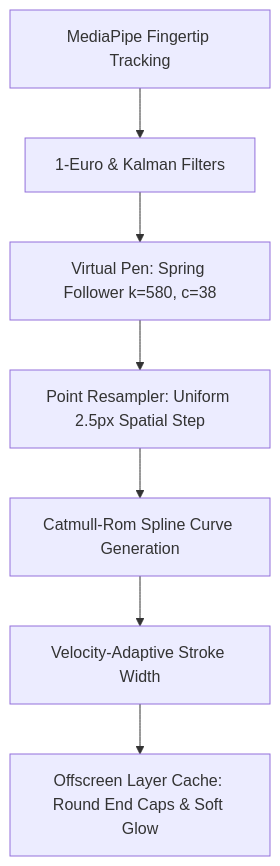
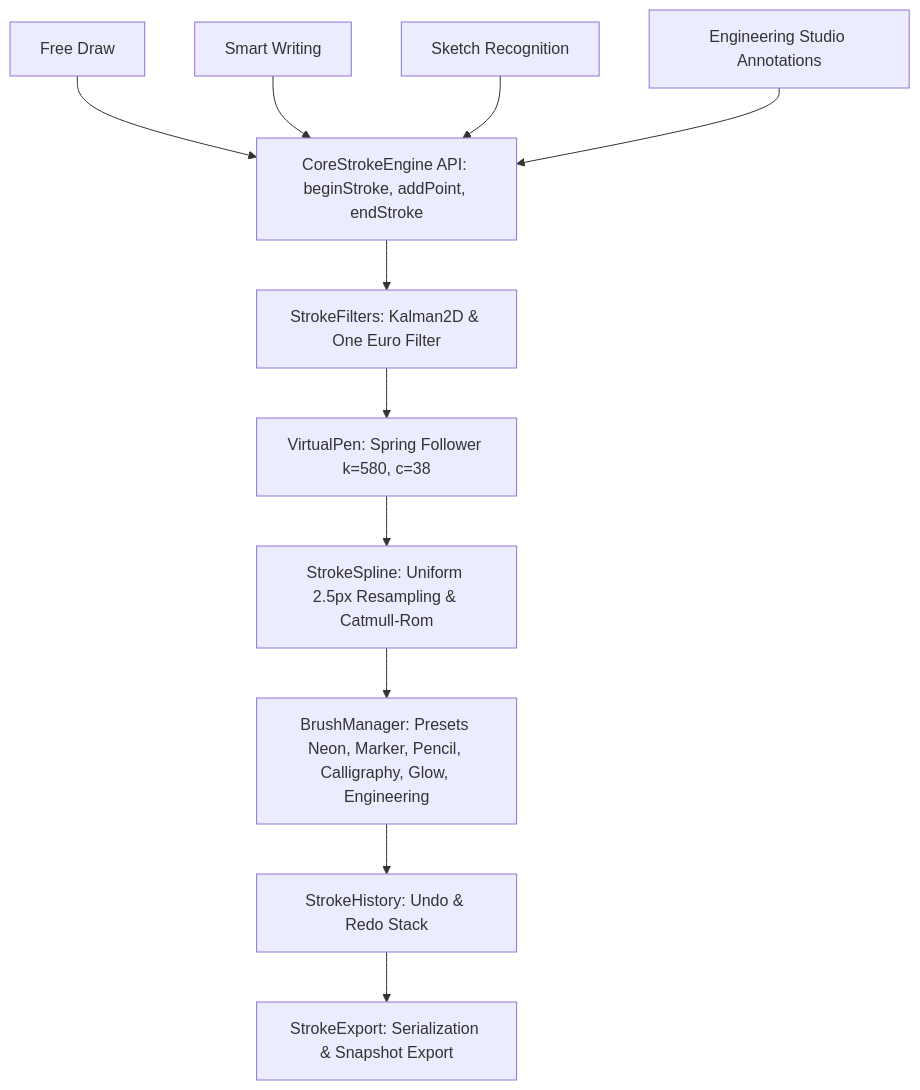
One commit to mahitss/Canvas_Air changed the diagram in walkthrough.md. Above: the diagram before and after it, drawn with Mermaid. The commit also changed other lines of this file and 6 other files, not shown here.

Commit message:
fix: Enable real-time incremental 60 FPS stroke rendering in Free Draw

````diff
--- a/walkthrough.md
+++ b/walkthrough.md
@@ -9,9 +9,10 @@
 ```mermaid
 graph TD
-    MP[MediaPipe Fingertip Tracking] --> FLT[1-Euro & Kalman Filters]
-    FLT --> VP[Virtual Pen: Spring Follower k=580, c=38]
-    VP --> RS[Point Resampler: Uniform 2.5px Spatial Step]
-    RS --> CR[Catmull-Rom Spline Curve Generation]
-    CR --> AS[Velocity-Adaptive Stroke Width]
-    AS --> REN[Offscreen Layer Cache: Round End Caps & Soft Glow]
+    M1[Free Draw] & M2[Smart Writing] & M3[Sketch Recognition] & M4[Engineering Studio Annotations] --> API[CoreStrokeEngine API: beginStroke, addPoint, endStroke]
+    API --> SF[StrokeFilters: Kalman2D & One Euro Filter]
+    SF --> VP[VirtualPen: Spring Follower k=580, c=38]
+    VP --> SS[StrokeSpline: Uniform 2.5px Resampling & Catmull-Rom]
+    SS --> BM[BrushManager: Presets Neon, Marker, Pencil, Calligraphy, Glow, Engineering]
+    BM --> SH[StrokeHistory: Undo & Redo Stack]
+    SH --> SE[StrokeExport: Serialization & Snapshot Export]
 ```
````
